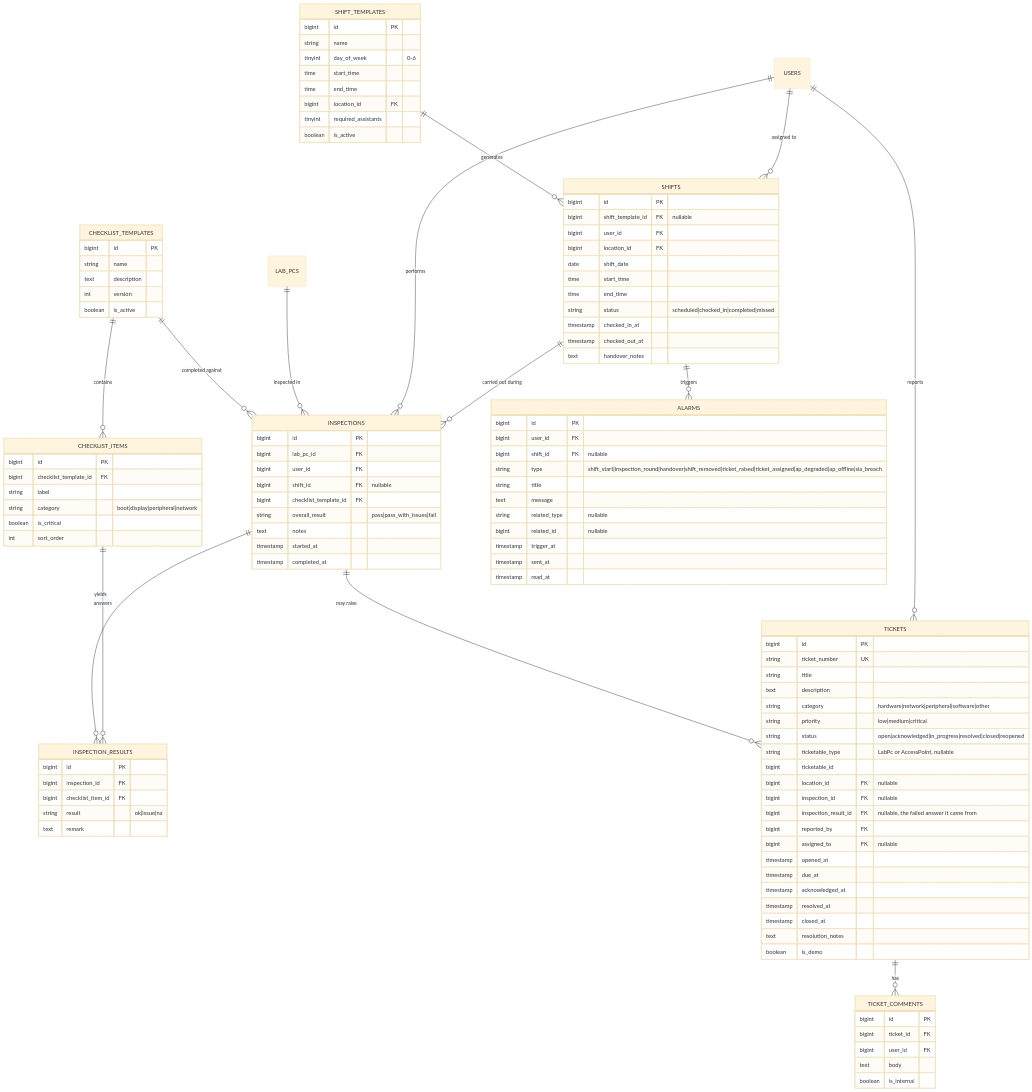
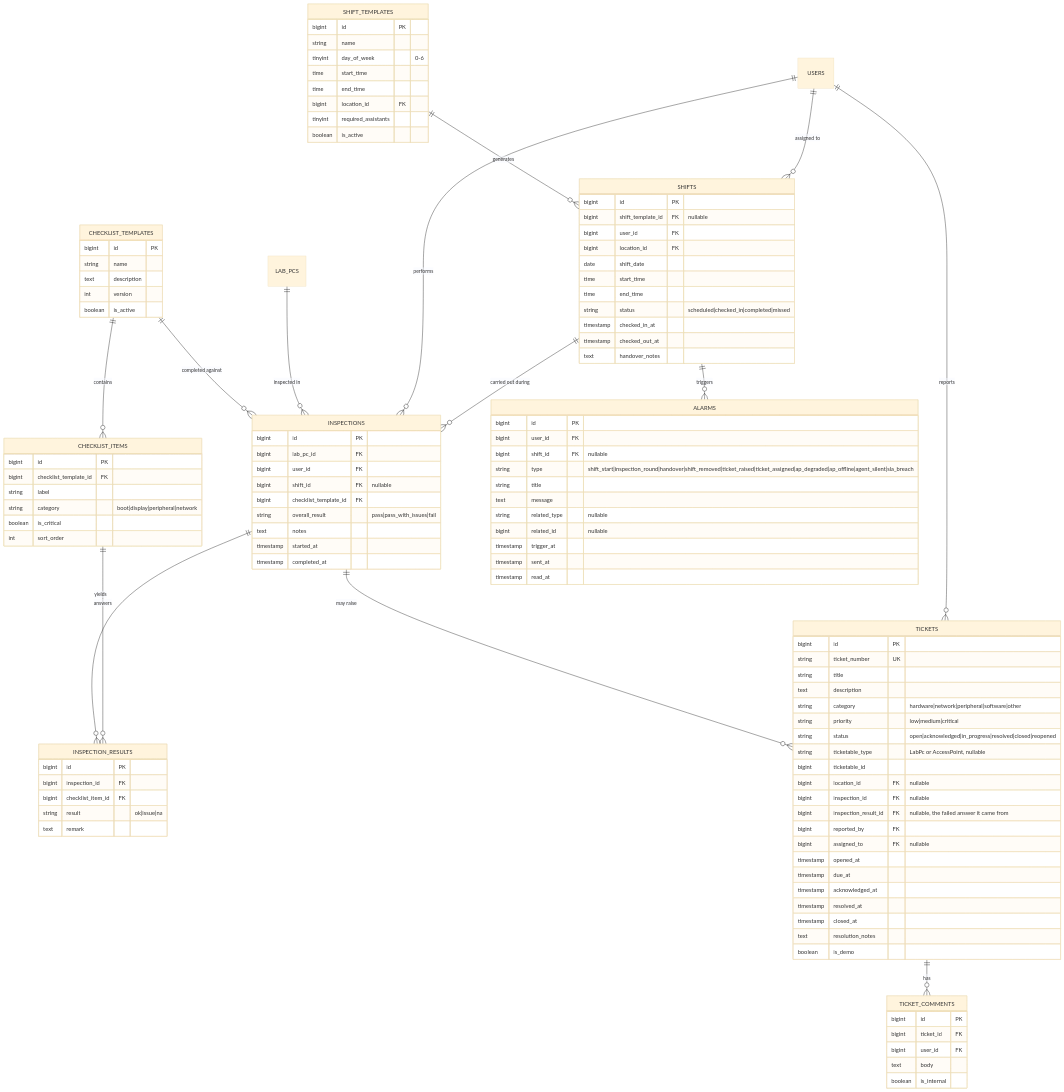
Before and after one commit to phone292025/atlas-netcare: the second of 3 diagrams in docs/04-database.md, drawn with Mermaid (base theme). The commit also changed other lines of this file and 21 other files, not shown here.

```diff
--- a/docs/04-database.md
+++ b/docs/04-database.md
@@ -258,7 +258,7 @@
         bigint id PK
         bigint user_id FK
         bigint shift_id FK "nullable"
-        string type "shift_start|inspection_round|handover|shift_removed|ticket_raised|ticket_assigned|ap_degraded|ap_offline|sla_breach"
+        string type "shift_start|inspection_round|handover|shift_removed|ticket_raised|ticket_assigned|ap_degraded|ap_offline|agent_silent|sla_breach"
         string title
         text message
         string related_type "nullable"
```
